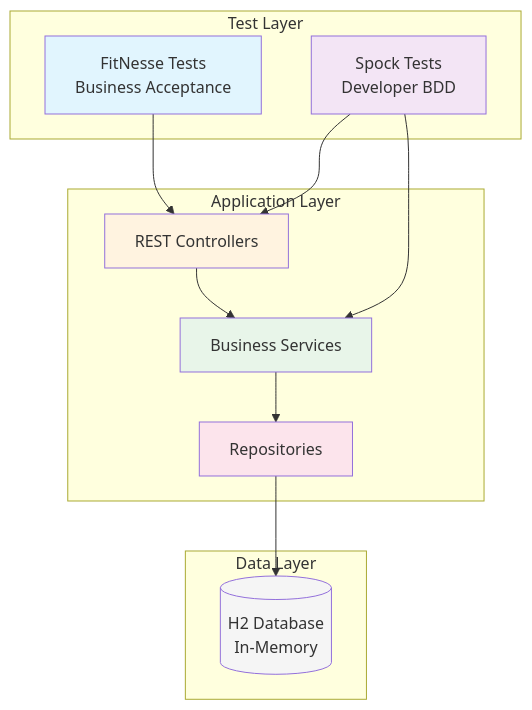
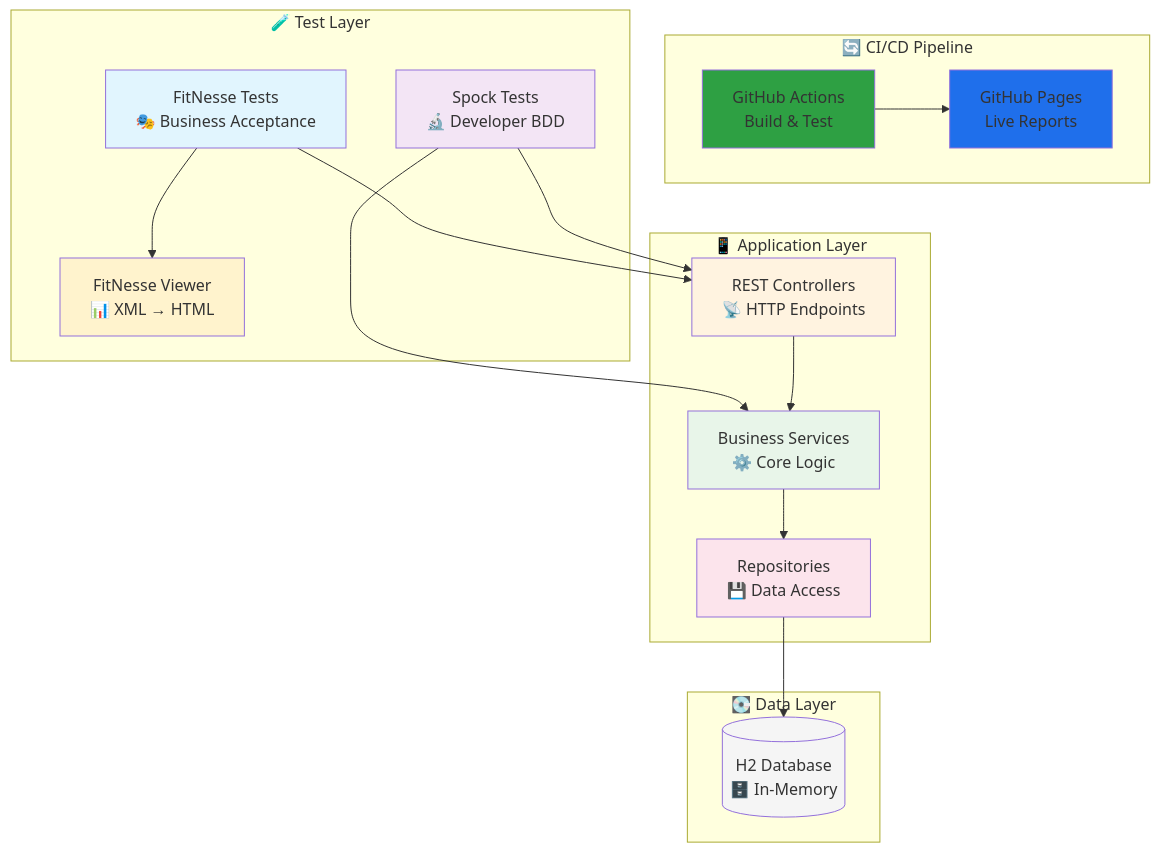
One commit to mboiman/fitnesse-spock-tutorial changed the first of 8 diagrams in docs/architecture.md. Above: the diagram before and after it, drawn with Mermaid. The commit also changed other lines of this file and 4 other files, not shown here.

````diff
--- a/docs/architecture.md
+++ b/docs/architecture.md
@@ -9,31 +11,42 @@
 ```mermaid
 graph TB
-    subgraph "Test Layer"
-        FT[FitNesse Tests<br/>Business Acceptance]
-        ST[Spock Tests<br/>Developer BDD]
+    subgraph "🔄 CI/CD Pipeline"
+        GHA[GitHub Actions<br/>Build & Test]
+        GHP[GitHub Pages<br/>Live Reports]
     end
     
-    subgraph "Application Layer"
-        API[REST Controllers]
-        SVC[Business Services]
-        REPO[Repositories]
+    subgraph "🧪 Test Layer"
+        FT[FitNesse Tests<br/>🎭 Business Acceptance]
+        ST[Spock Tests<br/>🔬 Developer BDD]
+        FV[FitNesse Viewer<br/>📊 XML → HTML]
     end
     
-    subgraph "Data Layer"
-        H2[(H2 Database<br/>In-Memory)]
+    subgraph "📱 Application Layer"
+        API[REST Controllers<br/>📡 HTTP Endpoints]
+        SVC[Business Services<br/>⚙️ Core Logic]
+        REPO[Repositories<br/>💾 Data Access]
     end
     
+    subgraph "💽 Data Layer"
+        H2[(H2 Database<br/>🗄️ In-Memory)]
+    end
+    
+    GHA --> GHP
+    FT --> FV
     FT --> API
     ST --> SVC
     ST --> API
     API --> SVC
     SVC --> REPO
     REPO --> H2
     
+    style GHA fill:#2ea043
+    style GHP fill:#1f6feb
     style FT fill:#e1f5fe
     style ST fill:#f3e5f5
+    style FV fill:#fff3cd
     style API fill:#fff3e0
     style SVC fill:#e8f5e9
     style REPO fill:#fce4ec
     style H2 fill:#f5f5f5
 ```
````
